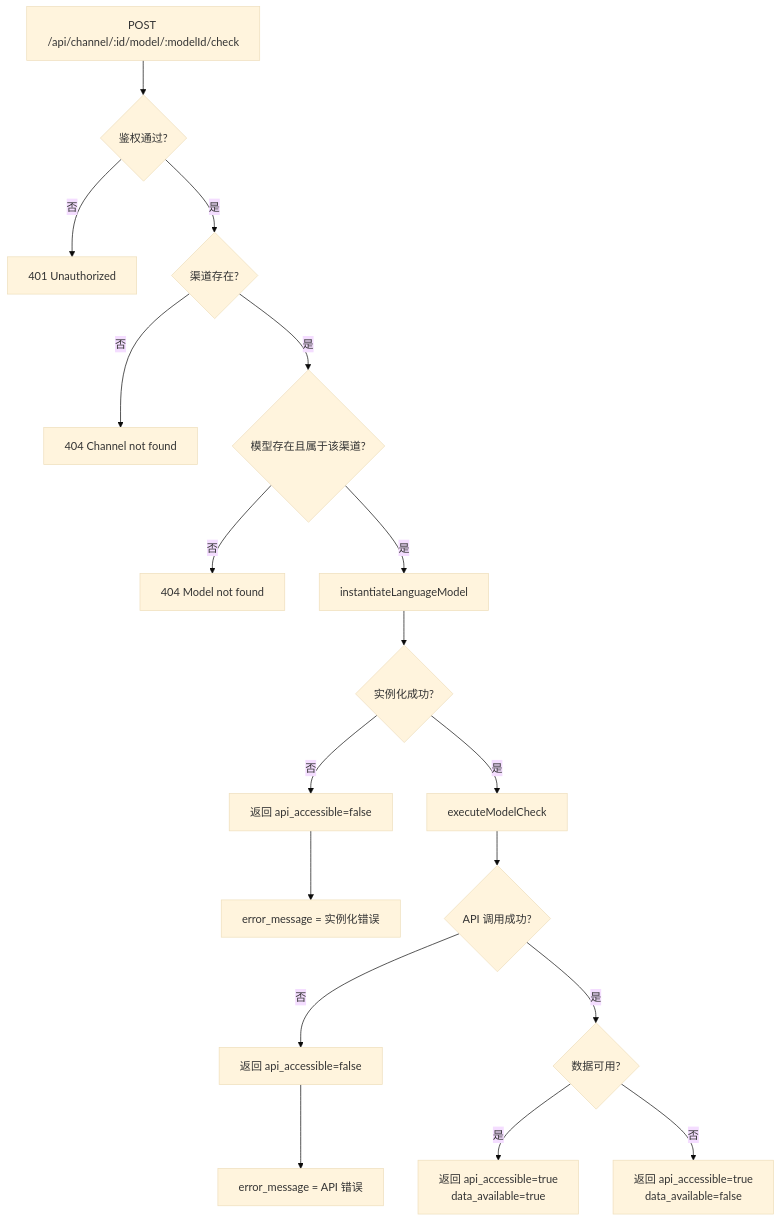
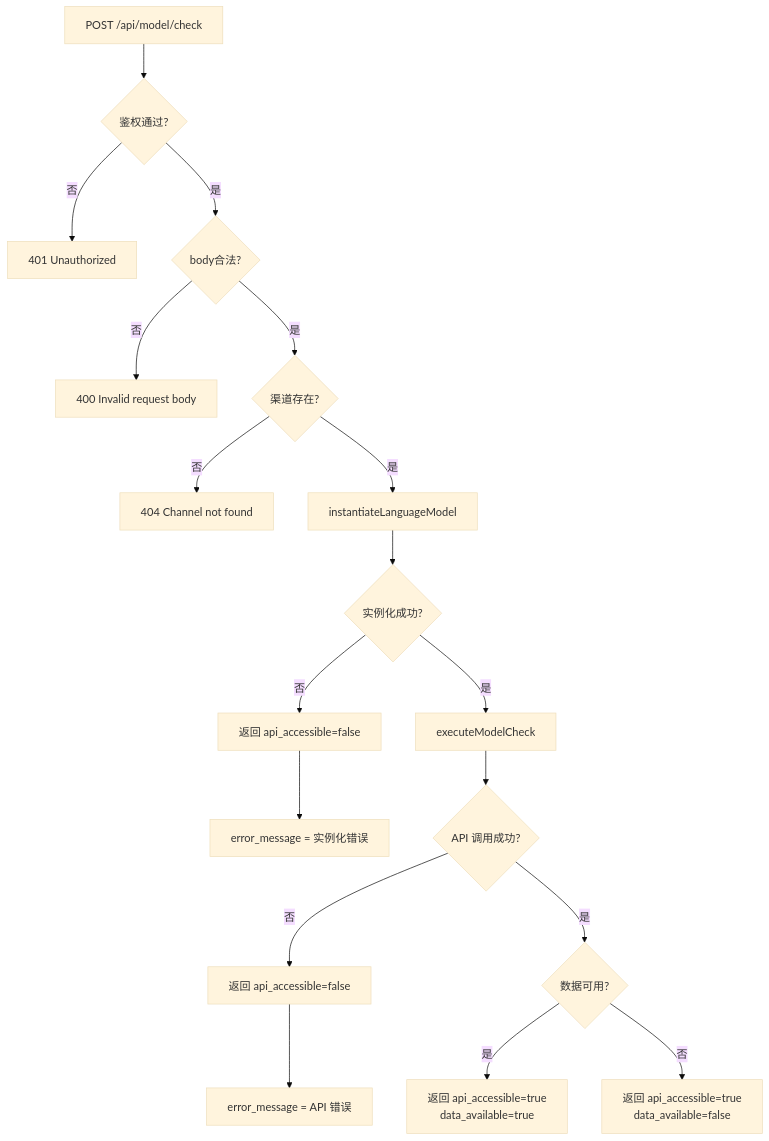
Before and after one commit to excing/open-ai-gateway: the tenth of 10 diagrams in DEVELOPMENT.md, drawn with Mermaid (base theme). The commit also changed other lines of this file and 3 other files, not shown here.

Commit message:
refactor: 检测接口改为POST /api/model/check并在body传channelId

````diff
--- a/DEVELOPMENT.md
+++ b/DEVELOPMENT.md
@@ -1787,20 +1793,20 @@
 ```mermaid
 flowchart TD
-    A[POST /api/channel/:id/model/:modelId/check] --> B{鉴权通过?}
+    A[POST /api/model/check] --> B{鉴权通过?}
     B -->|否| C[401 Unauthorized]
-    B -->|是| D{渠道存在?}
-    D -->|否| E[404 Channel not found]
-    D -->|是| F{模型存在且属于该渠道?}
-    F -->|否| G[404 Model not found]
+    B -->|是| D{body合法?}
+    D -->|否| E[400 Invalid request body]
+    D -->|是| F{渠道存在?}
+    F -->|否| G[404 Channel not found]
     F -->|是| H[instantiateLanguageModel]
     H --> I{实例化成功?}
     I -->|否| J[返回 api_accessible=false]
     J --> K[error_message = 实例化错误]
     I -->|是| L[executeModelCheck]
     L --> M{API 调用成功?}
     M -->|否| N[返回 api_accessible=false]
     N --> O[error_message = API 错误]
     M -->|是| P{数据可用?}
     P -->|是| Q[返回 api_accessible=true<br/>data_available=true]
     P -->|否| R[返回 api_accessible=true<br/>data_available=false]
 ```
````
